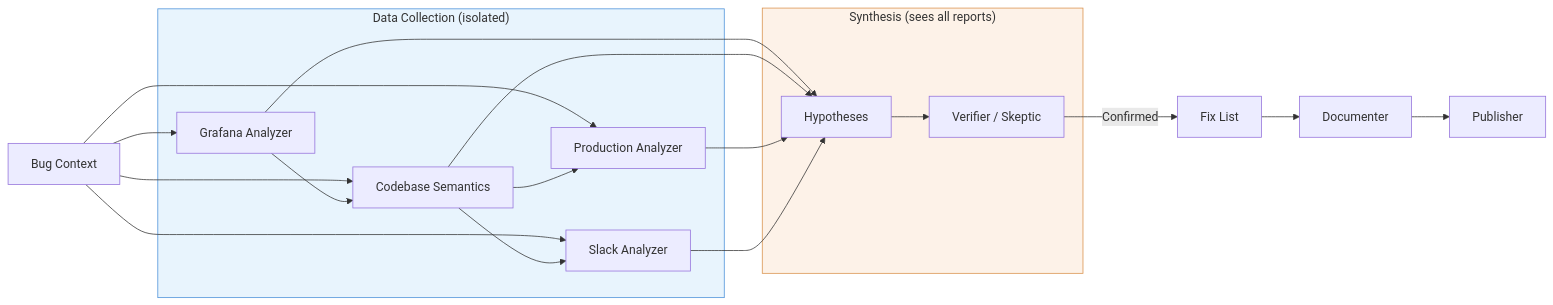
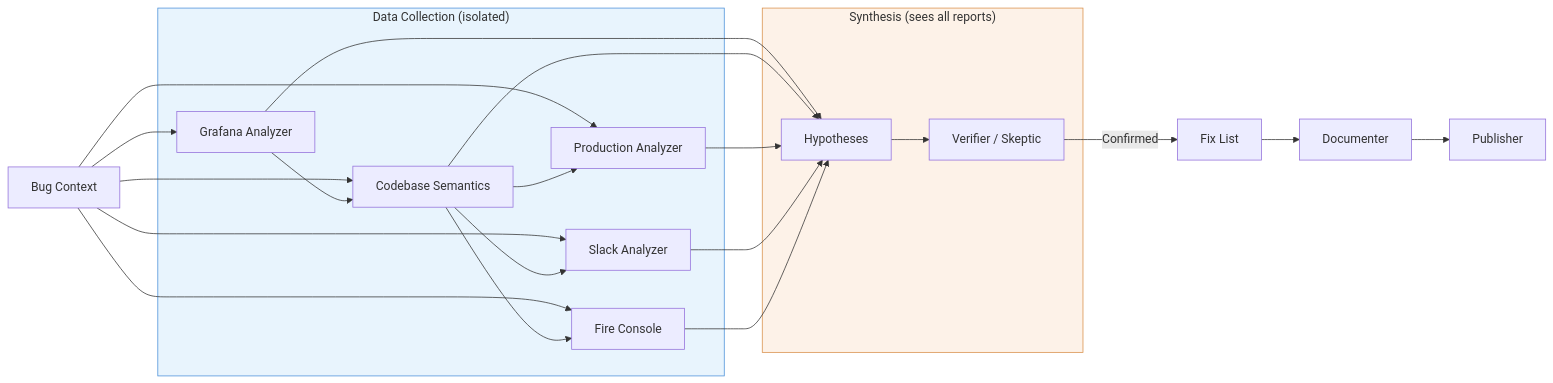
One commit to TamirCohen-Wix/production-master changed the second of 2 diagrams in README.md. Above: the diagram before and after it, drawn with Mermaid. The commit also changed other lines of this file and 3 other files, not shown here.

````diff
--- a/README.md
+++ b/README.md
@@ -119,28 +193,29 @@
 ```mermaid
 flowchart LR
     subgraph DATA_AGENTS ["Data Collection (isolated)"]
         GA[Grafana Analyzer]
         CS[Codebase Semantics]
         PA[Production Analyzer]
         SA[Slack Analyzer]
+        FC[Fire Console]
     end
 
     BC[Bug Context] --> GA & CS
     GA --> CS
-    BC & CS --> PA & SA
+    BC & CS --> PA & SA & FC
 
     subgraph SYNTHESIS ["Synthesis (sees all reports)"]
         HY[Hypotheses]
         VE[Verifier / Skeptic]
     end
 
-    GA & CS & PA & SA --> HY
+    GA & CS & PA & SA & FC --> HY
     HY --> VE
 
     VE --> |Confirmed| FL[Fix List]
     FL --> DC[Documenter]
     DC --> PB[Publisher]
 
     style DATA_AGENTS fill:#e8f4fd,stroke:#4a90d9
     style SYNTHESIS fill:#fdf2e8,stroke:#d9904a
 ```
````
